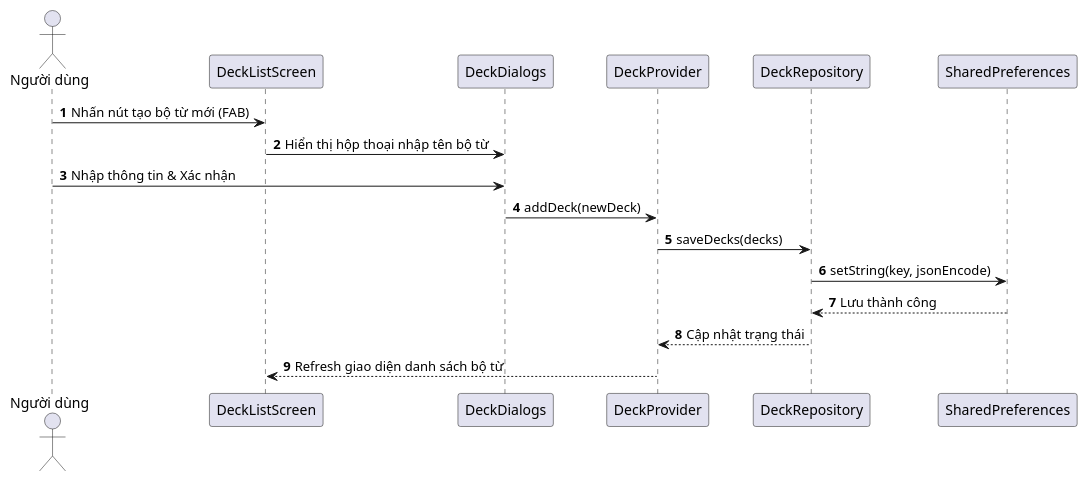
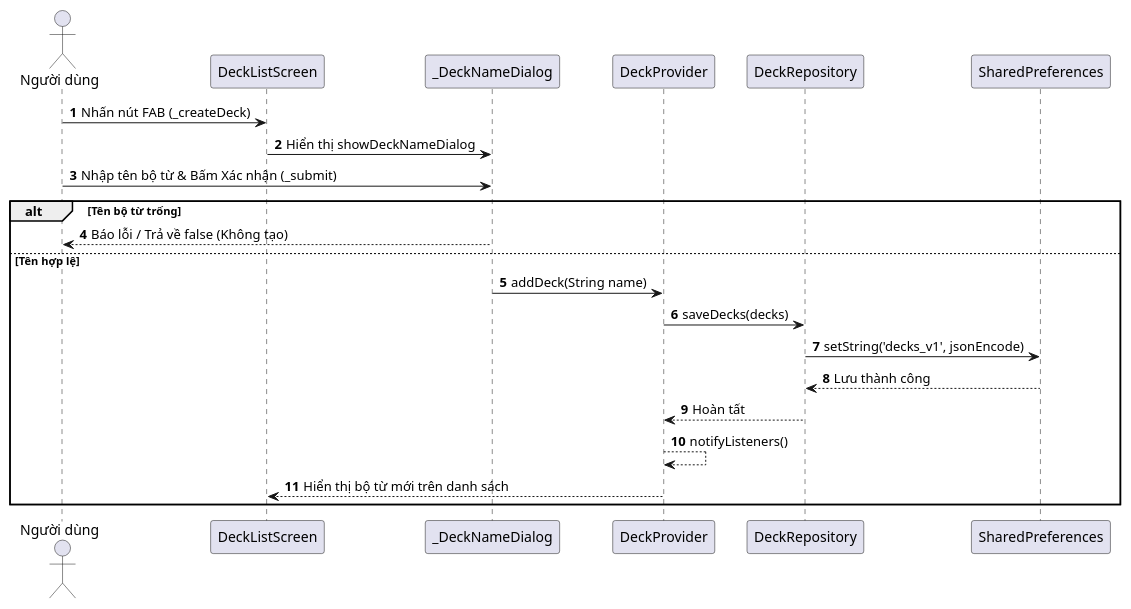
One commit to hoang-adu/2026_2027_1_1_LTTBDD_N01_Nhom_2 changed the diagram in docs/sequence_create_deck.puml. Above: the diagram before and after it, drawn with PlantUML. The commit also changed 3 other files, not shown here.

Commit message:
docs & test: cập nhật chuẩn sequence diagrams và integration test

```diff
--- a/docs/sequence_create_deck.puml
+++ b/docs/sequence_create_deck.puml
@@ -1,19 +1,24 @@
 @startuml
 autonumber
 actor "Người dùng" as User
 participant "DeckListScreen" as UI
-participant "DeckDialogs" as Dialog
+participant "_DeckNameDialog" as Dialog
 participant "DeckProvider" as Provider
 participant "DeckRepository" as Repo
 participant "SharedPreferences" as Prefs
 
-User -> UI: Nhấn nút tạo bộ từ mới (FAB)
-UI -> Dialog: Hiển thị hộp thoại nhập tên bộ từ
-User -> Dialog: Nhập thông tin & Xác nhận
-Dialog -> Provider: addDeck(newDeck)
-Provider -> Repo: saveDecks(decks)
-Repo -> Prefs:setString(key, jsonEncode)
-Prefs --> Repo: Lưu thành công
-Repo --> Provider: Cập nhật trạng thái
-Provider --> UI: Refresh giao diện danh sách bộ từ
+User -> UI: Nhấn nút FAB (_createDeck)
+UI -> Dialog: Hiển thị showDeckNameDialog
+User -> Dialog: Nhập tên bộ từ & Bấm Xác nhận (_submit)
+alt Tên bộ từ trống
+    Dialog --> User: Báo lỗi / Trả về false (Không tạo)
+else Tên hợp lệ
+    Dialog -> Provider: addDeck(String name)
+    Provider -> Repo: saveDecks(decks)
+    Repo -> Prefs: setString('decks_v1', jsonEncode)
+    Prefs --> Repo: Lưu thành công
+    Repo --> Provider: Hoàn tất
+    Provider --> Provider: notifyListeners()
+    Provider --> UI: Hiển thị bộ từ mới trên danh sách
+end
 @enduml
```
